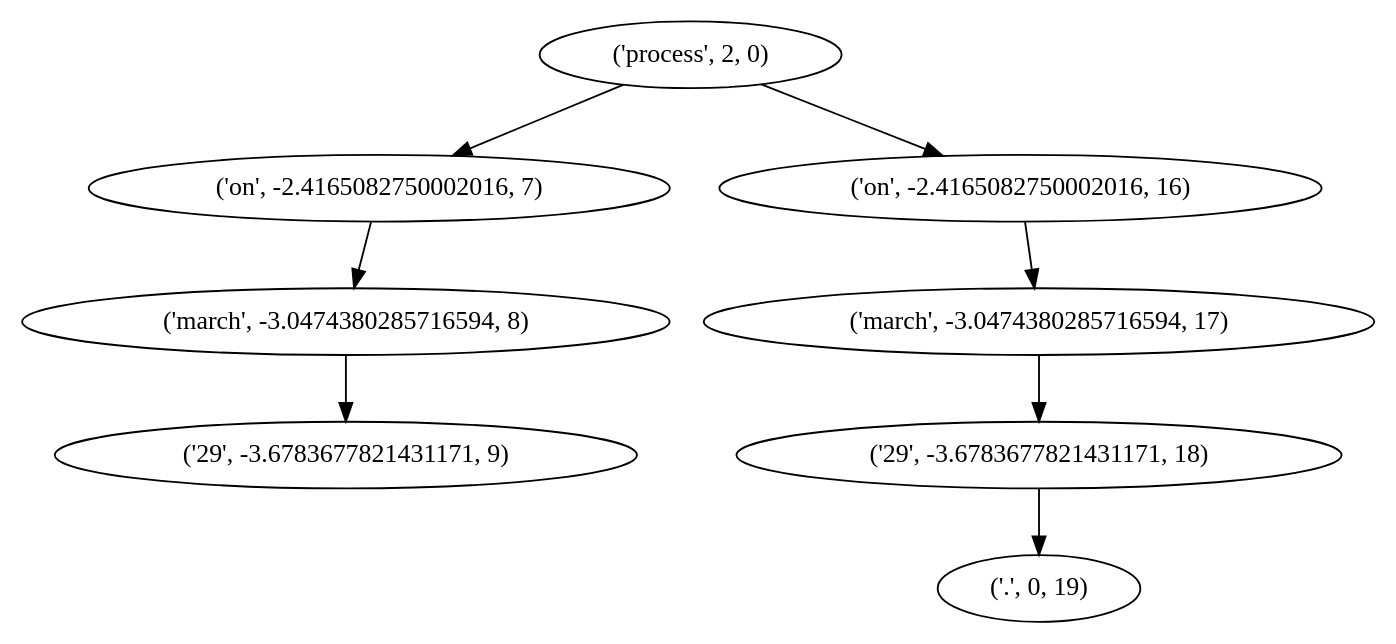
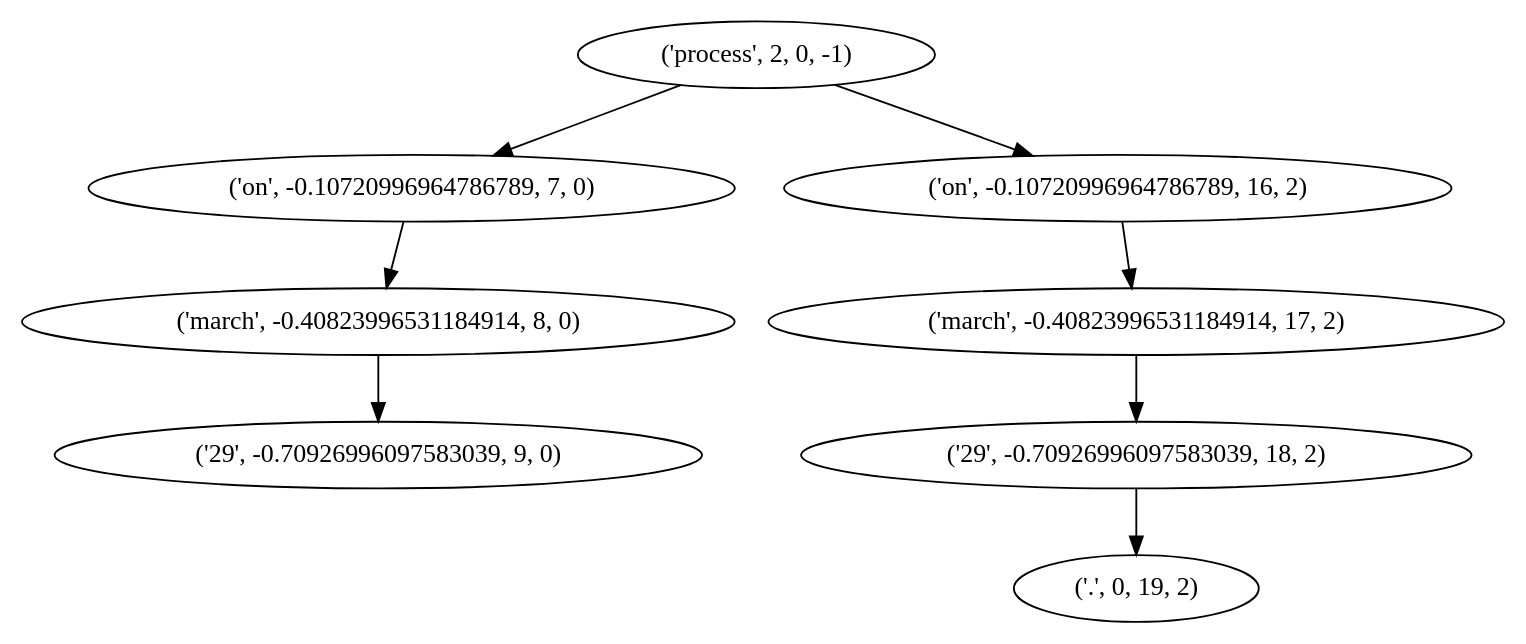
Before and after one commit to kartik144/Tweet_Summarizer: the diagram in Graphs/brexitprocess_forward.dot, drawn with Graphviz. The commit also changed 255 other files, not shown here.

```diff
--- a/Graphs/brexitprocess_forward.dot
+++ b/Graphs/brexitprocess_forward.dot
@@ -1,17 +1,17 @@
 strict digraph "" {
-"('29', -3.6783677821431171, 9)";
-"('march', -3.0474380285716594, 8)";
-"('march', -3.0474380285716594, 17)";
-"('on', -2.4165082750002016, 7)";
-"('.', 0, 19)";
-"('on', -2.4165082750002016, 16)";
-"('process', 2, 0)";
-"('29', -3.6783677821431171, 18)";
-"('march', -3.0474380285716594, 8)" -> "('29', -3.6783677821431171, 9)";
-"('march', -3.0474380285716594, 17)" -> "('29', -3.6783677821431171, 18)";
-"('on', -2.4165082750002016, 7)" -> "('march', -3.0474380285716594, 8)";
-"('on', -2.4165082750002016, 16)" -> "('march', -3.0474380285716594, 17)";
-"('process', 2, 0)" -> "('on', -2.4165082750002016, 7)";
-"('process', 2, 0)" -> "('on', -2.4165082750002016, 16)";
-"('29', -3.6783677821431171, 18)" -> "('.', 0, 19)";
+"('on', -0.10720996964786789, 7, 0)";
+"('march', -0.40823996531184914, 17, 2)";
+"('29', -0.70926996097583039, 18, 2)";
+"('march', -0.40823996531184914, 8, 0)";
+"('29', -0.70926996097583039, 9, 0)";
+"('.', 0, 19, 2)";
+"('on', -0.10720996964786789, 16, 2)";
+"('process', 2, 0, -1)";
+"('on', -0.10720996964786789, 7, 0)" -> "('march', -0.40823996531184914, 8, 0)";
+"('march', -0.40823996531184914, 17, 2)" -> "('29', -0.70926996097583039, 18, 2)";
+"('29', -0.70926996097583039, 18, 2)" -> "('.', 0, 19, 2)";
+"('march', -0.40823996531184914, 8, 0)" -> "('29', -0.70926996097583039, 9, 0)";
+"('on', -0.10720996964786789, 16, 2)" -> "('march', -0.40823996531184914, 17, 2)";
+"('process', 2, 0, -1)" -> "('on', -0.10720996964786789, 7, 0)";
+"('process', 2, 0, -1)" -> "('on', -0.10720996964786789, 16, 2)";
 }
```
